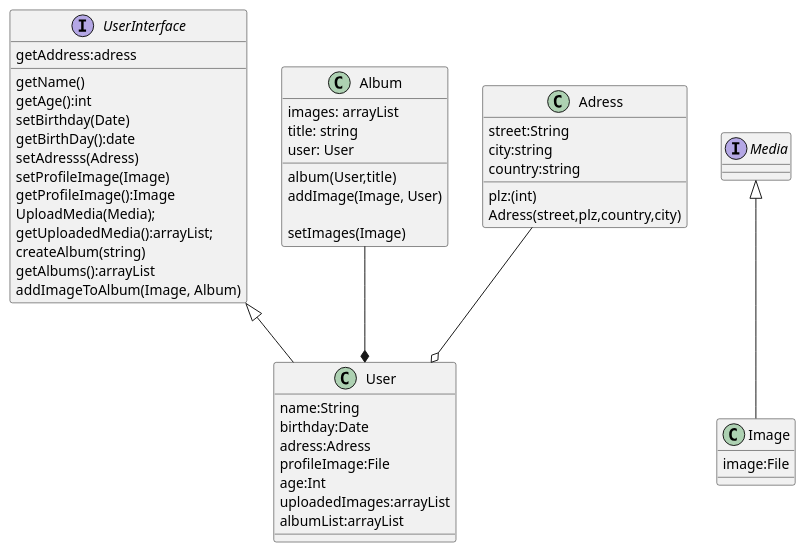
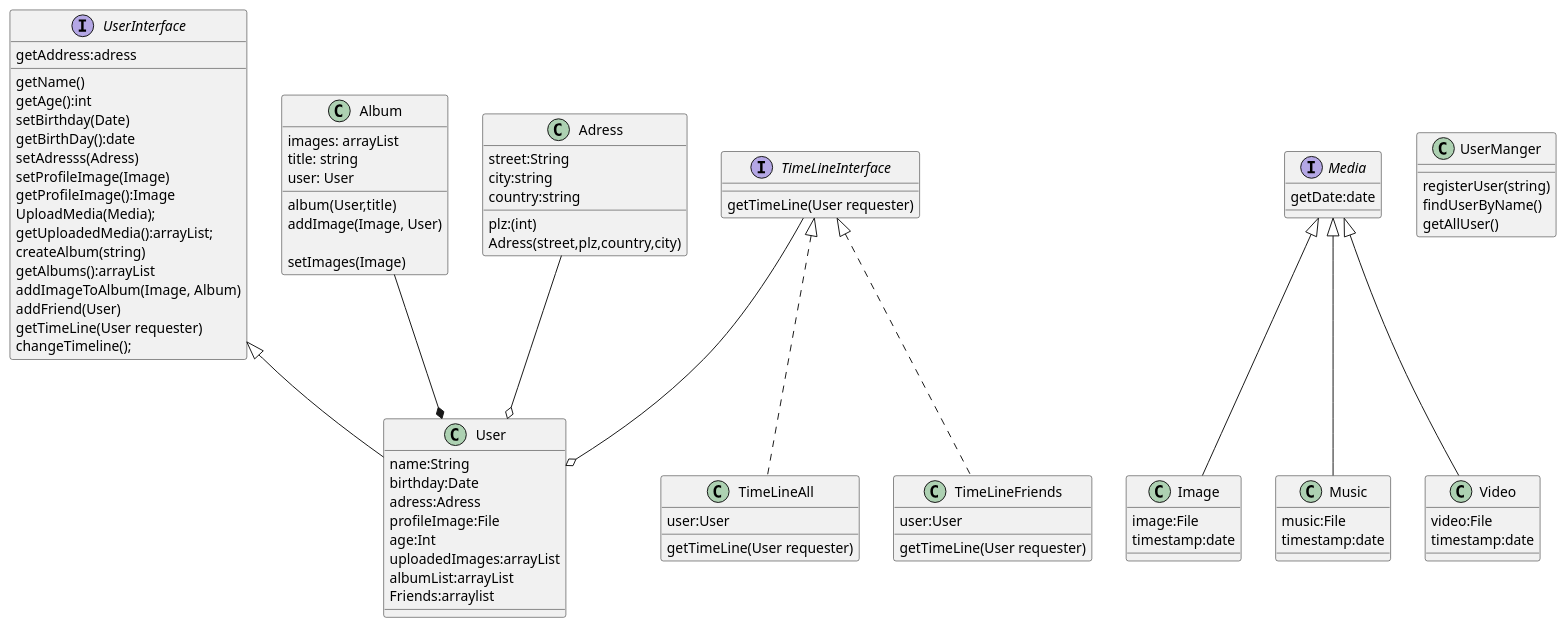
The diagram in Feat-1/registerUser.puml (LuluSchnee/Social-Media), drawn with PlantUML before and after one commit. The commit also changed 30 other files, not shown here.

```diff
--- a/Feat-1/registerUser.puml
+++ b/Feat-1/registerUser.puml
@@ -1,62 +1,101 @@
 @startuml
 'https://plantuml.com/class-diagram
 
 Interface UserInterface{
 getName()
 getAge():int
 setBirthday(Date)
 getBirthDay():date
 setAdresss(Adress)
 getAddress:adress
 setProfileImage(Image)
 getProfileImage():Image
  UploadMedia(Media);
  getUploadedMedia():arrayList;
 createAlbum(string)
 getAlbums():arrayList
 addImageToAlbum(Image, Album)
+addFriend(User)
+getTimeLine(User requester)
+changeTimeline();
 }
 
 Class User{
 name:String
 birthday:Date
 adress:Adress
 profileImage:File
 age:Int
 uploadedImages:arrayList
 albumList:arrayList
+Friends:arraylist
+
 }
 
 Interface Media{
-
+getDate:date
 }
 class Image{
 image:File
+timestamp:date
+}
+class Music{
+music:File
+timestamp:date
+}
+class Video{
+video:File
+timestamp:date
 }
 class Album{
 images: arrayList
 title: string
 user: User
 album(User,title)
 addImage(Image, User)
 
 setImages(Image)
 
 }
 class Adress{
 street:String
 plz:(int)
 city:string
 country:string
 Adress(street,plz,country,city)
 }
+
+Class UserManger{
+registerUser(string)
+findUserByName()
+getAllUser()
+}
+
+Interface TimeLineInterface{
+getTimeLine(User requester)
+}
+
+class TimeLineAll Implements TimeLineInterface{
+user:User
+getTimeLine(User requester)
+}
+
+class TimeLineFriends Implements TimeLineInterface{
+user:User
+
+
+getTimeLine(User requester)
+}
 Media <|--  Image
+Media <|--  Video
+Media <|--  Music
 Adress --o User
+TimeLineInterface --o User
 Album  --* User
 UserInterface <|-- User
 
 
 
 
 
 @enduml
```
